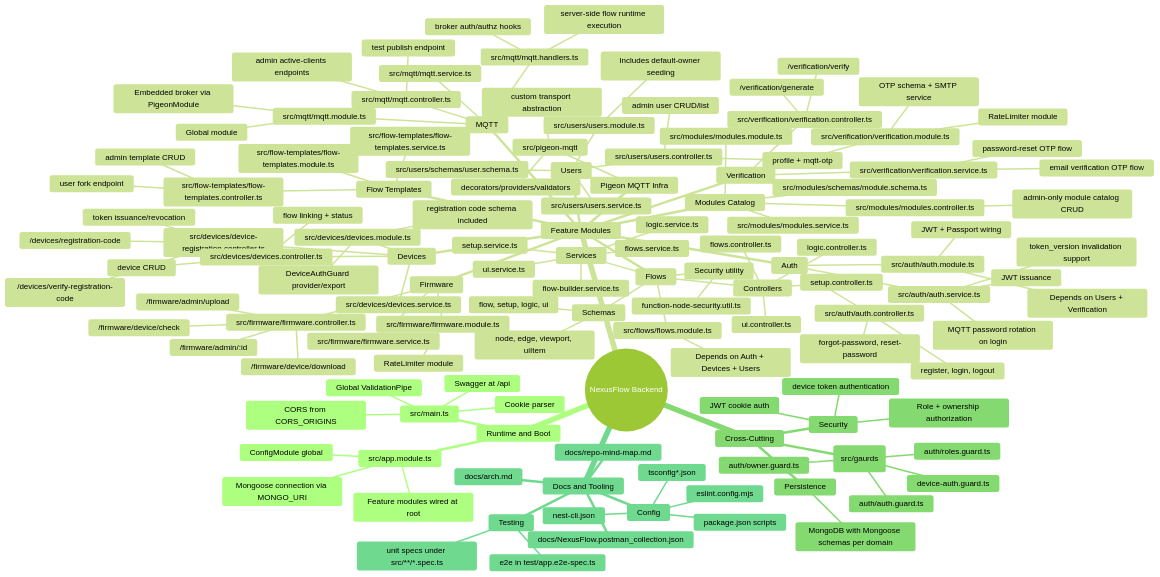
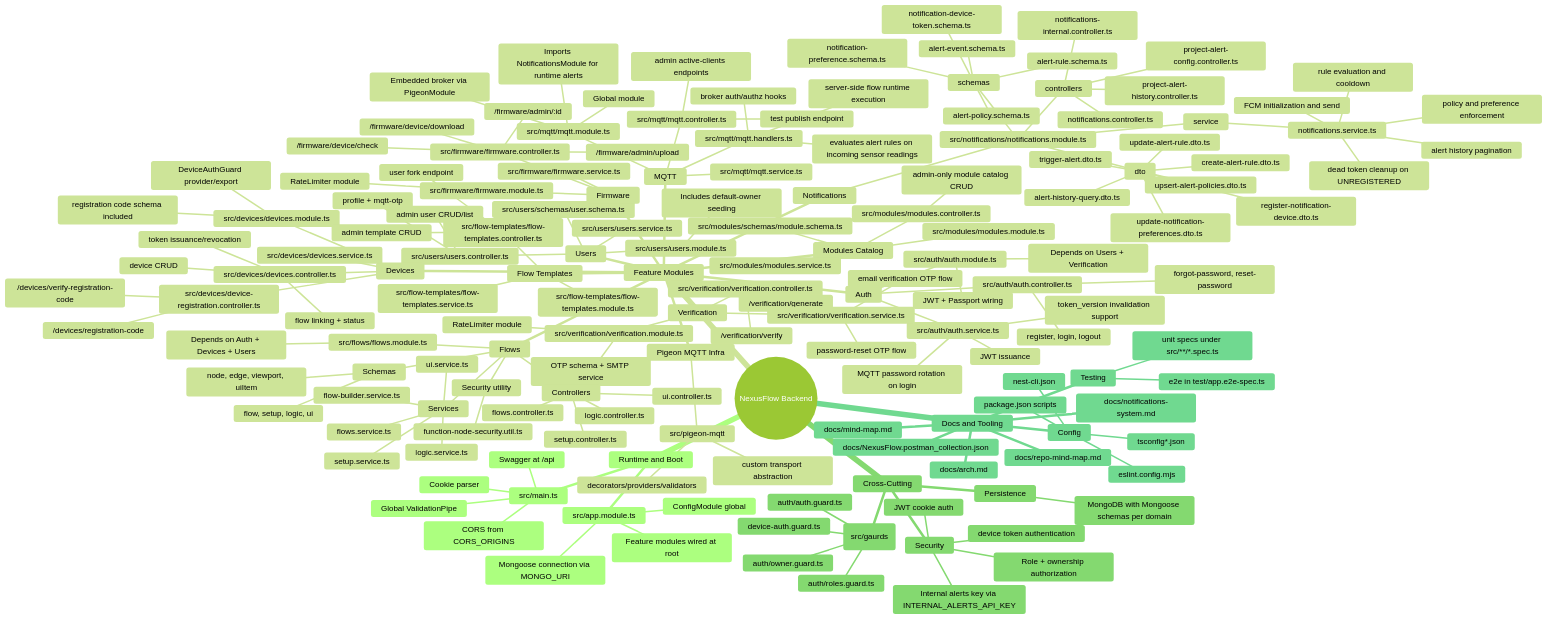
The diagram in docs/repo-mind-map.md (ahmed-atef-gad/nexusflow-backend), drawn with Mermaid (forest theme) before and after one commit. The commit also changed other lines of this file and 3 other files, not shown here.

Commit message:
feat(notifications): add comprehensive notification system documentation and update architecture diagrams

```diff
--- a/docs/repo-mind-map.md
+++ b/docs/repo-mind-map.md
@@ -108,6 +108,7 @@
         src/mqtt/mqtt.module.ts
           Global module
           Embedded broker via PigeonModule
+          Imports NotificationsModule for runtime alerts
         src/mqtt/mqtt.controller.ts
           test publish endpoint
           admin active-clients endpoints
@@ -115,6 +116,36 @@
         src/mqtt/mqtt.handlers.ts
           broker auth/authz hooks
           server-side flow runtime execution
+          evaluates alert rules on incoming sensor readings
+
+      Notifications
+        src/notifications/notifications.module.ts
+          controllers
+            notifications.controller.ts
+            notifications-internal.controller.ts
+            project-alert-config.controller.ts
+            project-alert-history.controller.ts
+          service
+            notifications.service.ts
+              FCM initialization and send
+              dead token cleanup on UNREGISTERED
+              alert history pagination
+              policy and preference enforcement
+              rule evaluation and cooldown
+          schemas
+            notification-device-token.schema.ts
+            alert-event.schema.ts
+            notification-preference.schema.ts
+            alert-policy.schema.ts
+            alert-rule.schema.ts
+          dto
+            register-notification-device.dto.ts
+            trigger-alert.dto.ts
+            alert-history-query.dto.ts
+            update-notification-preferences.dto.ts
+            upsert-alert-policies.dto.ts
+            create-alert-rule.dto.ts
+            update-alert-rule.dto.ts
 
       Pigeon MQTT Infra
         src/pigeon-mqtt
@@ -133,10 +164,13 @@
         JWT cookie auth
         Role + ownership authorization
         device token authentication
+        Internal alerts key via INTERNAL_ALERTS_API_KEY
 
     Docs and Tooling
       docs/arch.md
       docs/repo-mind-map.md
+      docs/mind-map.md
+      docs/notifications-system.md
       docs/NexusFlow.postman_collection.json
       Testing
         unit specs under src/**/*.spec.ts
```
